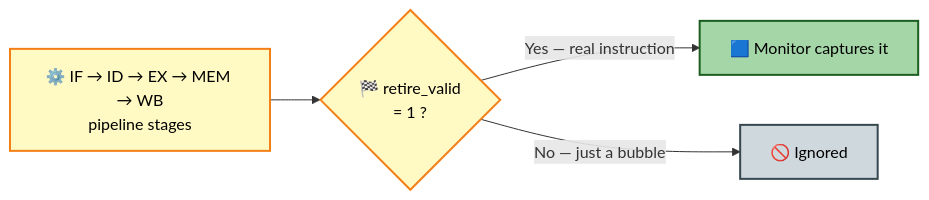
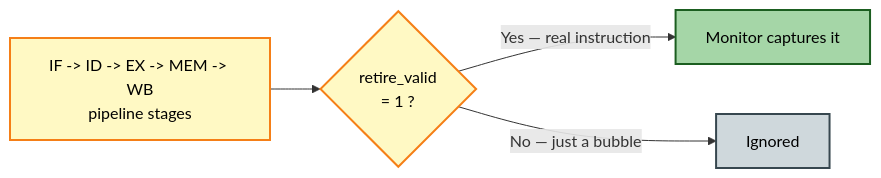
One commit to hjsanjana/riscv-uvm-pipeline changed the seventh of 10 diagrams in README.md. Above: the diagram before and after it, drawn with Mermaid. The commit also changed other lines of this file, not shown here.

Commit message:
Remove emoji from README, keep colors and diagrams

````diff
--- a/README.md
+++ b/README.md
@@ -273,10 +273,10 @@
 ```mermaid
 flowchart LR
-    P["⚙️ IF → ID → EX → MEM → WB<br/>pipeline stages"]:::pipe --> Q{"🏁 retire_valid<br/>= 1 ?"}:::pipe
-    Q -- "Yes — real instruction" --> M["🟦 Monitor captures it"]:::good
-    Q -- "No — just a bubble" --> X["🚫 Ignored"]:::bad
+    P["IF -> ID -> EX -> MEM -> WB<br/>pipeline stages"]:::pipe --> Q{"retire_valid<br/>= 1 ?"}:::pipe
+    Q -- "Yes — real instruction" --> M["Monitor captures it"]:::good
+    Q -- "No — just a bubble" --> X["Ignored"]:::bad
 
     classDef pipe fill:#fff9c4,stroke:#f57f17,color:#000,stroke-width:2px
     classDef good fill:#a5d6a7,stroke:#1b5e20,color:#000,stroke-width:2px
     classDef bad fill:#cfd8dc,stroke:#37474f,color:#000,stroke-width:2px
 ```
````
